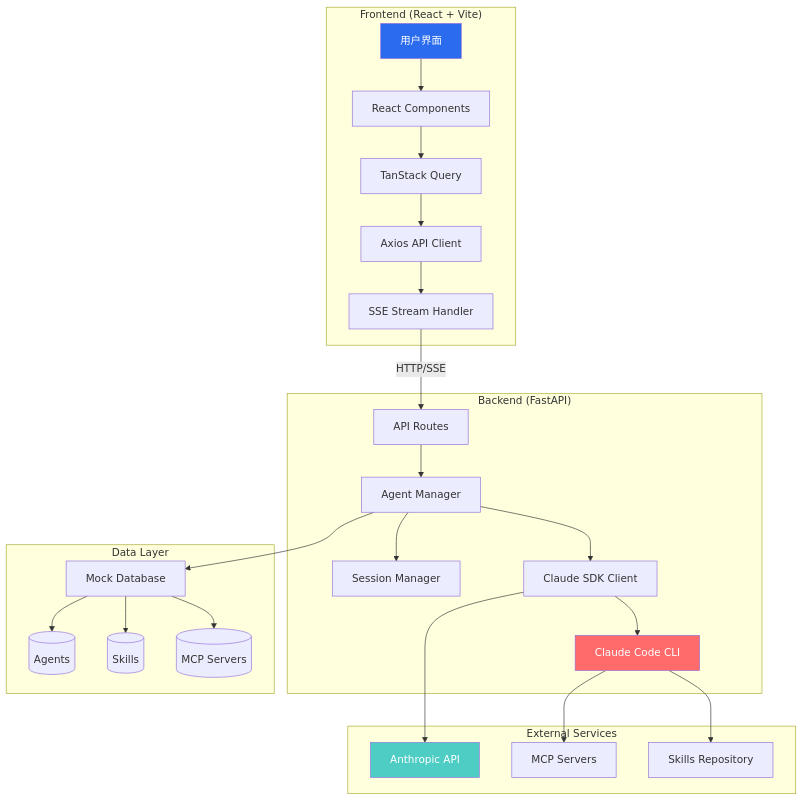
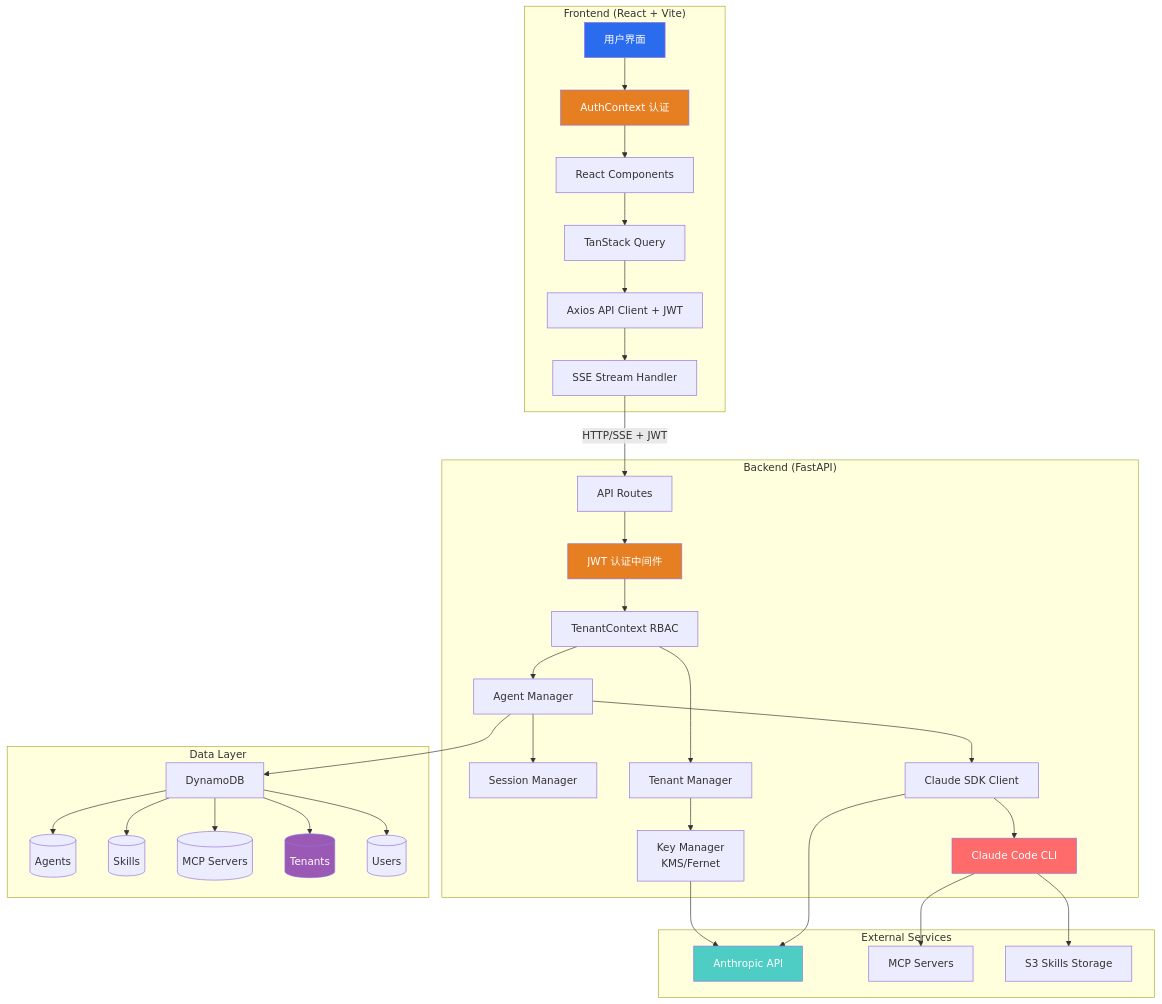
Before and after one commit to xiehust/awesome-skills-claude-agents: the first of 11 diagrams in FLOWCHARTS.md, drawn with Mermaid. The commit also changed other lines of this file and 54 other files, not shown here.

````diff
--- a/FLOWCHARTS.md
+++ b/FLOWCHARTS.md
@@ -7,39 +7,50 @@
 ```mermaid
 graph TB
     subgraph "Frontend (React + Vite)"
-        A[用户界面] --> B[React Components]
+        A[用户界面] --> AA[AuthContext 认证]
+        AA --> B[React Components]
         B --> C[TanStack Query]
-        C --> D[Axios API Client]
+        C --> D[Axios API Client + JWT]
         D --> E[SSE Stream Handler]
     end
 
     subgraph "Backend (FastAPI)"
-        F[API Routes] --> G[Agent Manager]
+        F[API Routes] --> FA[JWT 认证中间件]
+        FA --> FB[TenantContext RBAC]
+        FB --> G[Agent Manager]
         G --> H[Session Manager]
         G --> I[Claude SDK Client]
         I --> J[Claude Code CLI]
+        FB --> FC[Tenant Manager]
+        FC --> FD[Key Manager<br/>KMS/Fernet]
     end
 
     subgraph "Data Layer"
-        K[Mock Database]
+        K[DynamoDB]
         K --> L[(Agents)]
         K --> M[(Skills)]
         K --> N[(MCP Servers)]
+        K --> KT[(Tenants)]
+        K --> KU[(Users)]
     end
 
     subgraph "External Services"
         O[Anthropic API]
         P[MCP Servers]
-        Q[Skills Repository]
+        Q[S3 Skills Storage]
     end
 
-    E -->|HTTP/SSE| F
+    E -->|HTTP/SSE + JWT| F
     G --> K
+    FD --> O
     I --> O
     J --> P
     J --> Q
 
     style A fill:#2b6cee,color:#fff
+    style AA fill:#e67e22,color:#fff
+    style FA fill:#e67e22,color:#fff
     style J fill:#ff6b6b,color:#fff
     style O fill:#4ecdc4,color:#fff
+    style KT fill:#9b59b6,color:#fff
 ```
````
